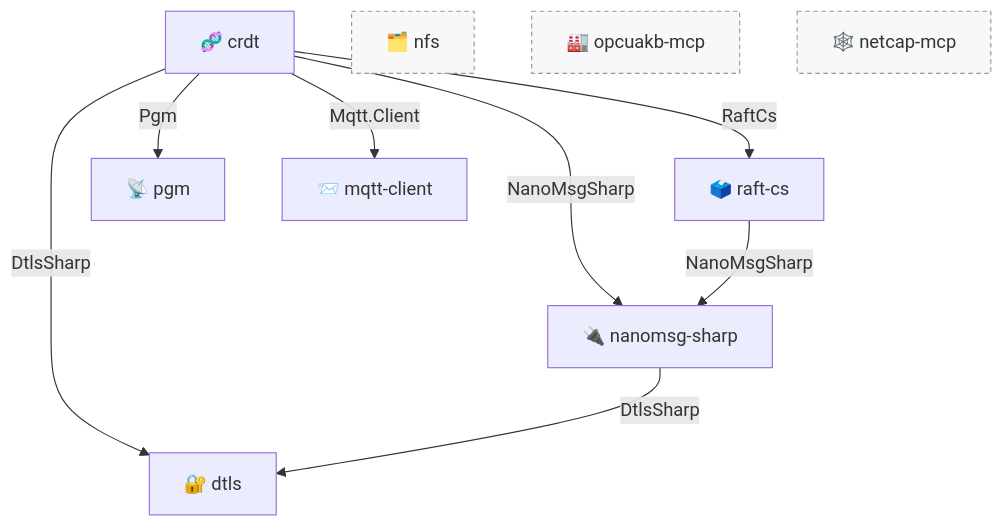
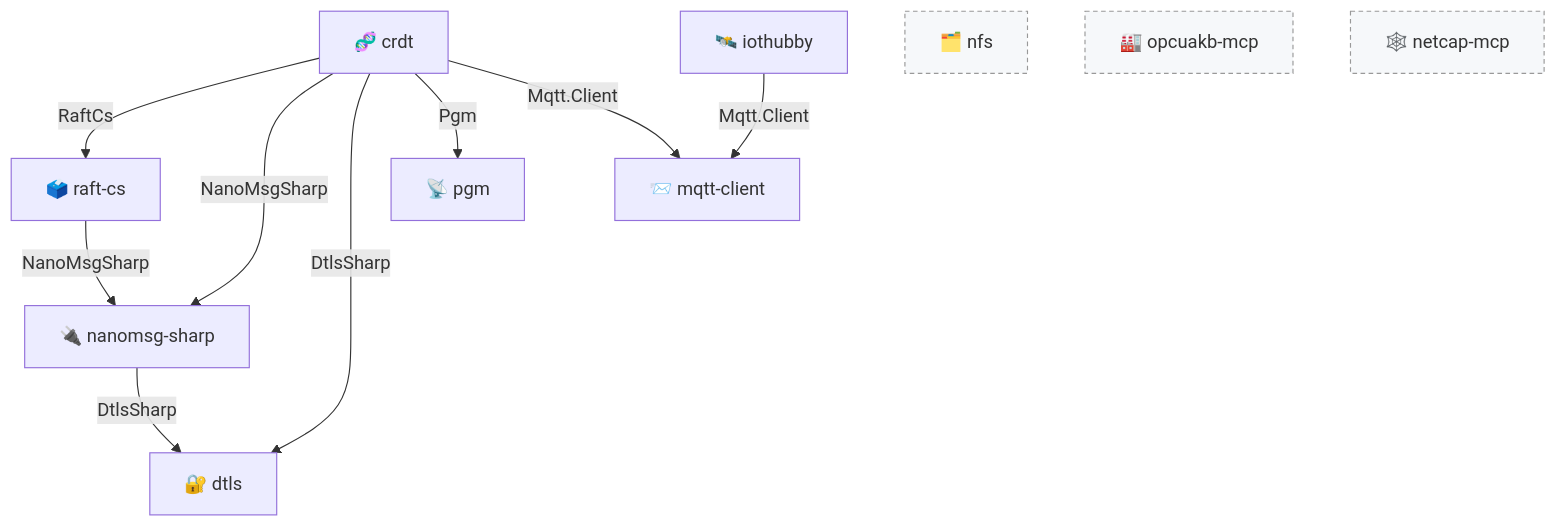
Before and after one commit to marcschier/marcschier: the diagram in README.md, drawn with Mermaid. The commit also changed other lines of this file, not shown here.

Commit message:
Add iothubby (Azure IoT Hub & IoT Edge device SDK) to the library index

````diff
--- a/README.md
+++ b/README.md
@@ -122,17 +132,18 @@
 ```mermaid
 graph TD
     crdt["🧬 crdt"] -->|RaftCs| raftcs["🗳️ raft-cs"]
     crdt -->|NanoMsgSharp| nanomsg["🔌 nanomsg-sharp"]
     crdt -->|DtlsSharp| dtls["🔐 dtls"]
     crdt -->|Pgm| pgm["📡 pgm"]
     crdt -->|Mqtt.Client| mqtt["📨 mqtt-client"]
     raftcs -->|NanoMsgSharp| nanomsg
     nanomsg -->|DtlsSharp| dtls
+    iothubby["🛰️ iothubby"] -->|Mqtt.Client| mqtt
 
     nfs["🗂️ nfs"]
     opcuakb["🏭 opcuakb-mcp"]
     netcap["🕸️ netcap-mcp"]
 
     classDef standalone fill:#f6f8fa,stroke:#999,stroke-dasharray:4 3,color:#333;
     class nfs,opcuakb,netcap standalone;
 ```
````
